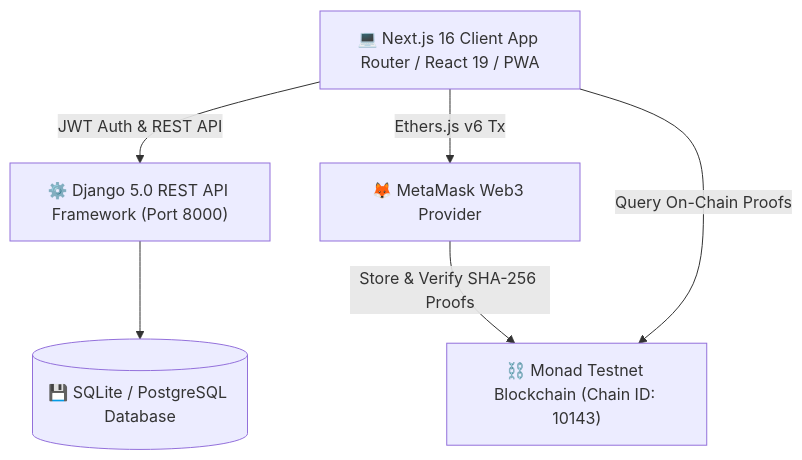
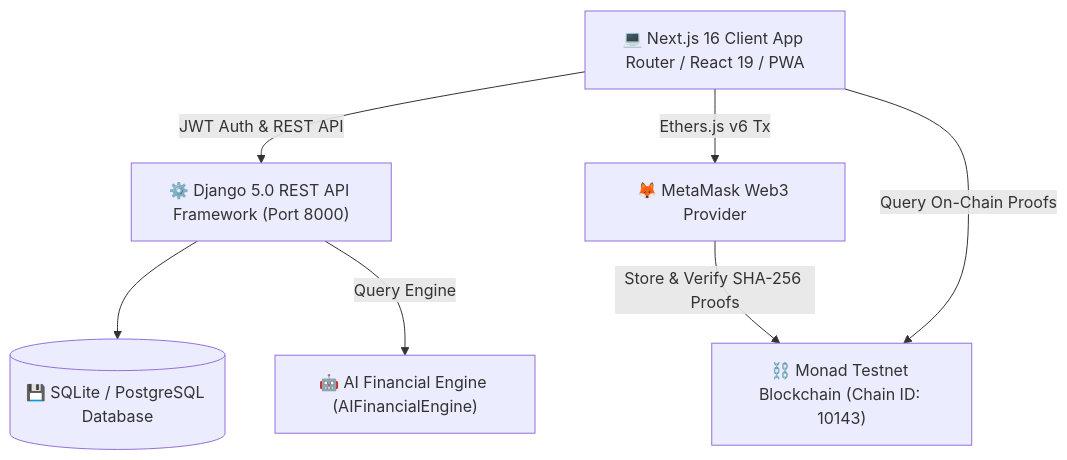
The diagram in README.md (Abhimanyu-Vaishnav/DebtProof), drawn with Mermaid before and after one commit. The commit also changed other lines of this file and 5 other files, not shown here.

````diff
--- a/README.md
+++ b/README.md
@@ -16,14 +16,16 @@
 ```mermaid
 graph TD
   Client["💻 Next.js 16 Client App Router / React 19 / PWA"]
   API["⚙️ Django 5.0 REST API Framework (Port 8000)"]
+  AIEngine["🤖 AI Financial Engine (AIFinancialEngine)"]
   DB[("💾 SQLite / PostgreSQL Database")]
   Blockchain["⛓️ Monad Testnet Blockchain (Chain ID: 10143)"]
   Wallet["🦊 MetaMask Web3 Provider"]
 
   Client -->|JWT Auth & REST API| API
   API --> DB
+  API -->|Query Engine| AIEngine
   Client -->|Ethers.js v6 Tx| Wallet
   Wallet -->|Store & Verify SHA-256 Proofs| Blockchain
   Client -->|Query On-Chain Proofs| Blockchain
 ```
````
